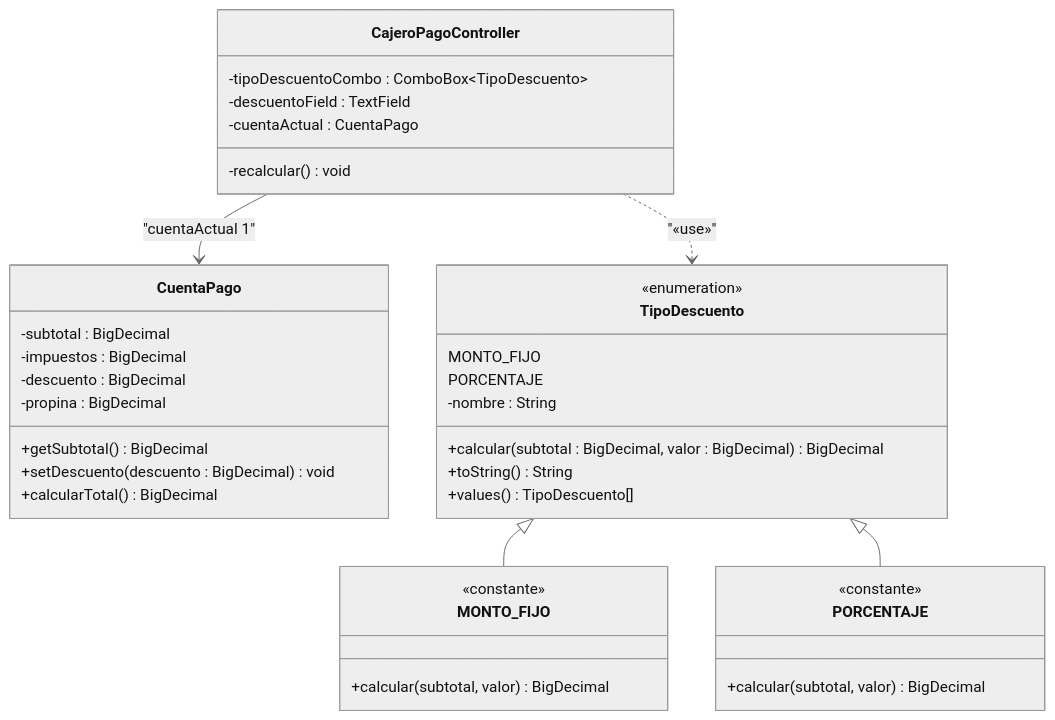
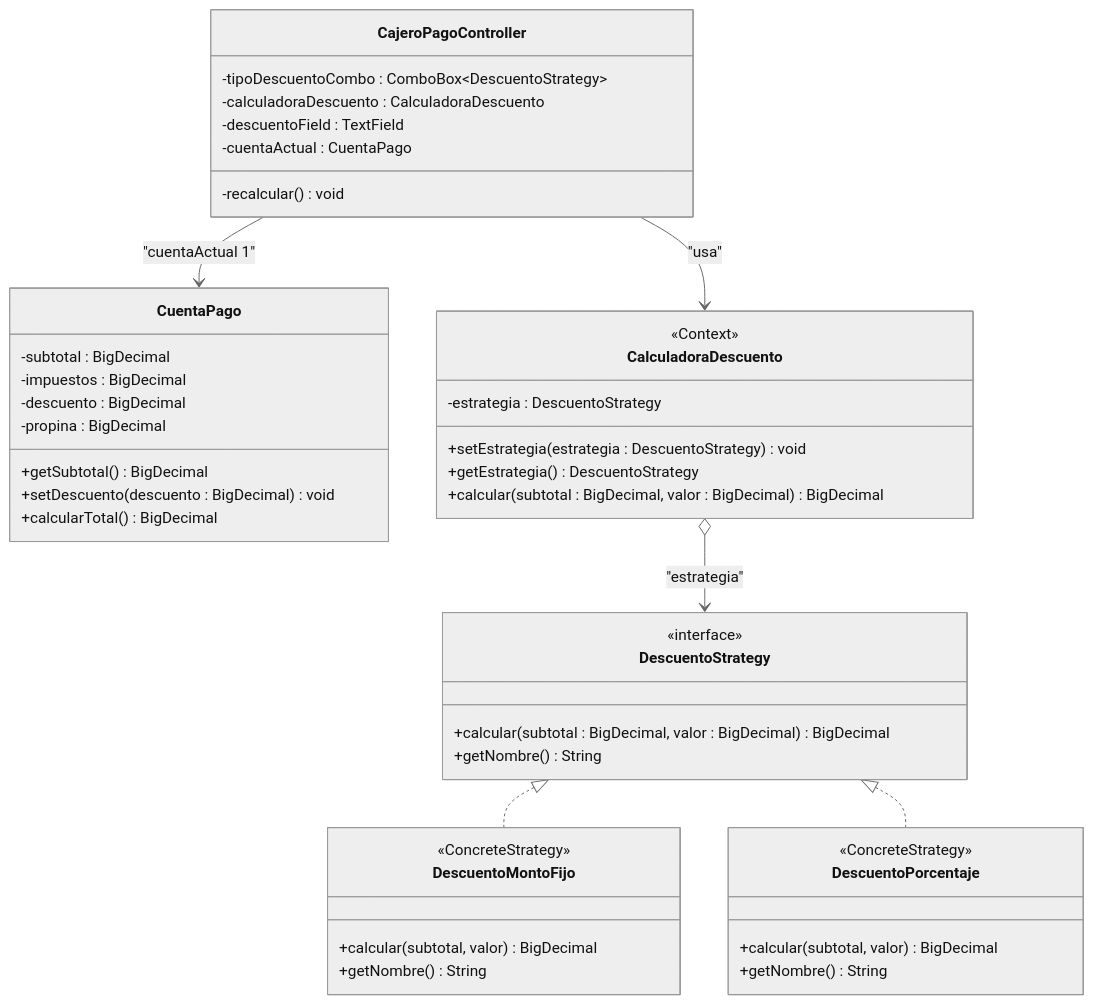
One commit to puj-course/FIS_2630_1204_G2 changed the diagram in docs/Diagrama Clases Patron Strategy.md. Above: the diagram before and after it, drawn with Mermaid (neutral theme).

Commit message:
Refactor class diagram to use Strategy pattern

````diff
--- a/docs/Diagrama Clases Patron Strategy.md
+++ b/docs/Diagrama Clases Patron Strategy.md
@@ -1,49 +1,57 @@
 ```mermaid
 classDiagram
     direction TD
 
     class CajeroPagoController {
-        -tipoDescuentoCombo : ComboBox~TipoDescuento~
+        -tipoDescuentoCombo : ComboBox~DescuentoStrategy~
+        -calculadoraDescuento : CalculadoraDescuento
         -descuentoField : TextField
         -cuentaActual : CuentaPago
         -recalcular() void
     }
 
     class CuentaPago {
         -subtotal : BigDecimal
         -impuestos : BigDecimal
         -descuento : BigDecimal
         -propina : BigDecimal
         +getSubtotal() BigDecimal
         +setDescuento(descuento : BigDecimal) void
         +calcularTotal() BigDecimal
     }
 
-    class TipoDescuento {
-        <<enumeration>>
-        MONTO_FIJO
-        PORCENTAJE
-        -nombre : String
+    class CalculadoraDescuento {
+        <<Context>>
+        -estrategia : DescuentoStrategy
+        +setEstrategia(estrategia : DescuentoStrategy) void
+        +getEstrategia() DescuentoStrategy
         +calcular(subtotal : BigDecimal, valor : BigDecimal) BigDecimal
-        +toString() String
-        +values() TipoDescuento[]
     }
 
-    class MONTO_FIJO {
-        <<constante>>
+    class DescuentoStrategy {
+        <<interface>>
+        +calcular(subtotal : BigDecimal, valor : BigDecimal) BigDecimal
+        +getNombre() String
+    }
+
+    class DescuentoMontoFijo {
+        <<ConcreteStrategy>>
         +calcular(subtotal, valor) BigDecimal
+        +getNombre() String
         %% valor, a 2 decimales
     }
 
-    class PORCENTAJE {
-        <<constante>>
+    class DescuentoPorcentaje {
+        <<ConcreteStrategy>>
         +calcular(subtotal, valor) BigDecimal
+        +getNombre() String
         %% subtotal * valor / 100, a 2 decimales
     }
 
     %% Relaciones
     CajeroPagoController --> CuentaPago : "cuentaActual 1"
-    CajeroPagoController ..> TipoDescuento : "«use»"
-    TipoDescuento <|-- MONTO_FIJO
-    TipoDescuento <|-- PORCENTAJE
+    CajeroPagoController --> CalculadoraDescuento : "usa"
+    CalculadoraDescuento o--> DescuentoStrategy : "estrategia"
+    DescuentoStrategy <|.. DescuentoMontoFijo
+    DescuentoStrategy <|.. DescuentoPorcentaje
 ```
````
